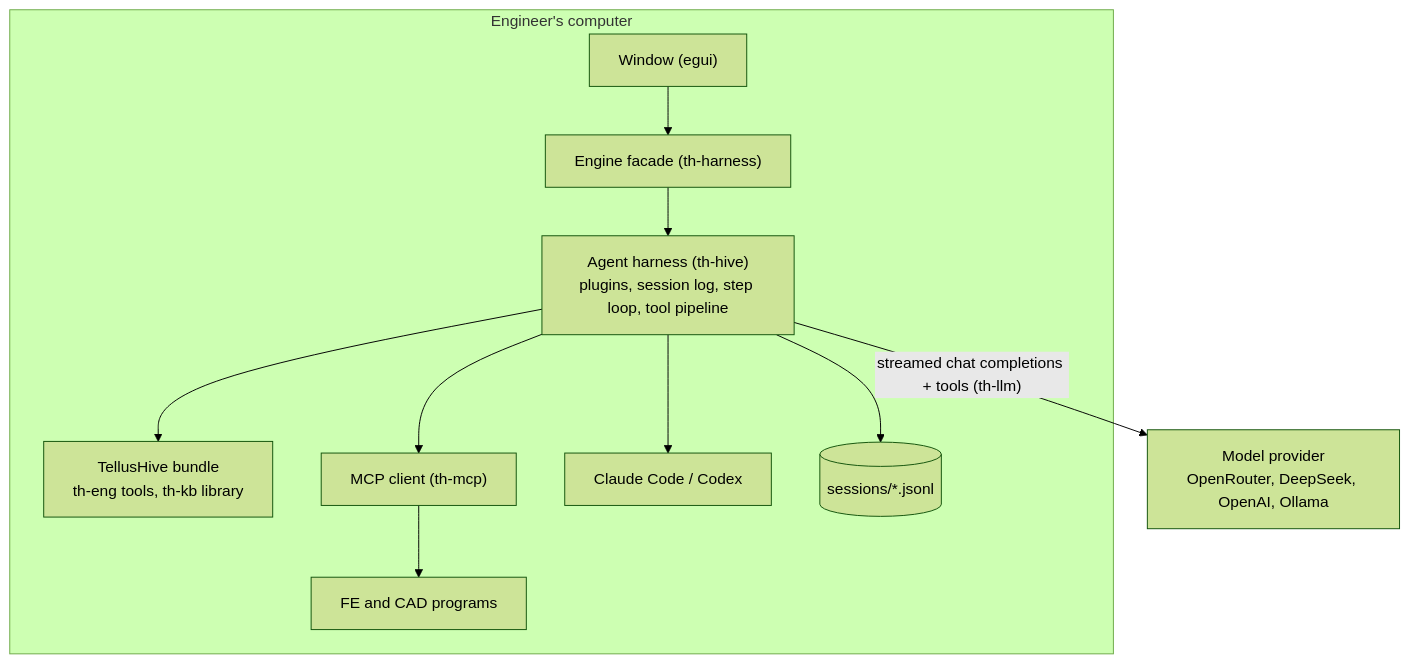
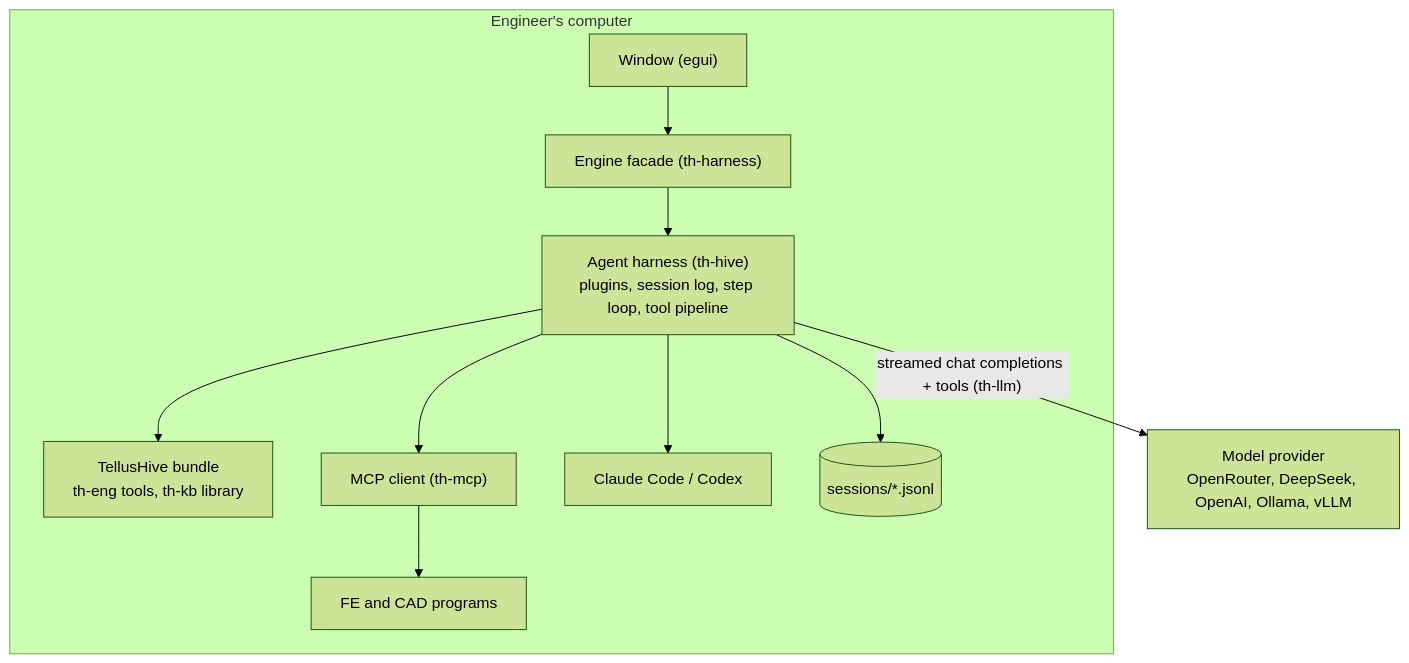
Before and after one commit to Sompote/TellusHive: the third of 3 diagrams in docs/architecture.md, drawn with Mermaid (forest theme). The commit also changed other lines of this file and 5 other files, not shown here.

First line of the commit message:
vLLM provider for local and remote (Vast.ai) servers

````diff
--- a/docs/architecture.md
+++ b/docs/architecture.md
@@ -68,12 +68,12 @@
 ```mermaid
 flowchart TB
     subgraph PC["Engineer's computer"]
         UI["Window (egui)"] --> EN["Engine facade (th-harness)"]
         EN --> HV["Agent harness (th-hive)<br/>plugins, session log, step loop, tool pipeline"]
         HV --> TL["TellusHive bundle<br/>th-eng tools, th-kb library"]
         HV --> MC["MCP client (th-mcp)"] --> PR["FE and CAD programs"]
         HV --> EX["Claude Code / Codex"]
         HV --> LOG[("sessions/*.jsonl")]
     end
-    HV -->|"streamed chat completions + tools (th-llm)"| API["Model provider<br/>OpenRouter, DeepSeek, OpenAI, Ollama"]
+    HV -->|"streamed chat completions + tools (th-llm)"| API["Model provider<br/>OpenRouter, DeepSeek, OpenAI, Ollama, vLLM"]
 ```
````
